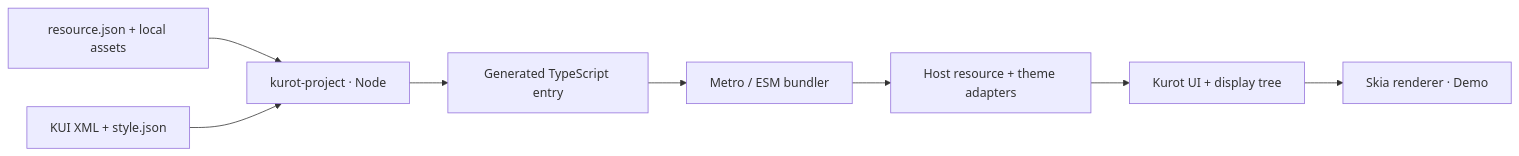
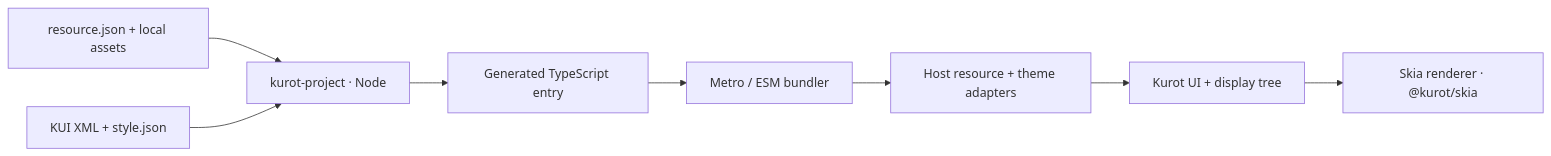
Before and after one commit to kurot-engine/kurot-skia: the diagram in README.md, drawn with Mermaid. The commit also changed other lines of this file and 59 other files, not shown here.

````diff
--- a/README.md
+++ b/README.md
@@ -175,10 +169,10 @@
 ```mermaid
 flowchart LR
     A["resource.json + local assets"] --> G["kurot-project · Node"]
     B["KUI XML + style.json"] --> G
     G --> E["Generated TypeScript entry"]
     E --> M["Metro / ESM bundler"]
     M --> H["Host resource + theme adapters"]
     H --> K["Kurot UI + display tree"]
-    K --> S["Skia renderer · Demo"]
+    K --> S["Skia renderer · @kurot/skia"]
 ```
````
